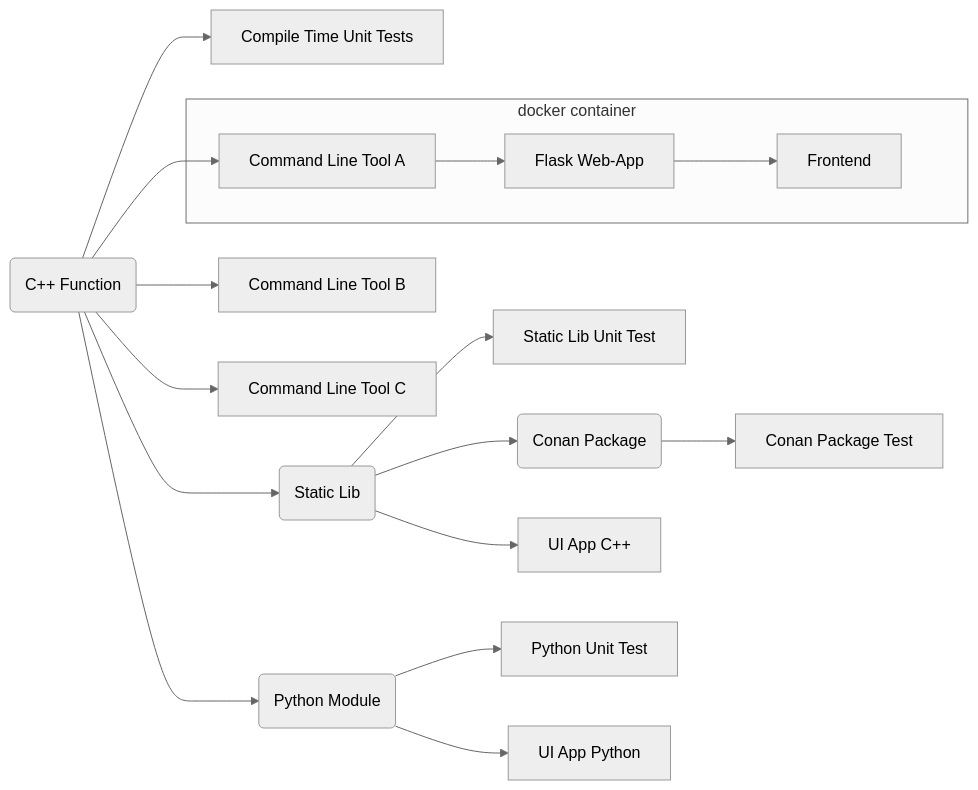
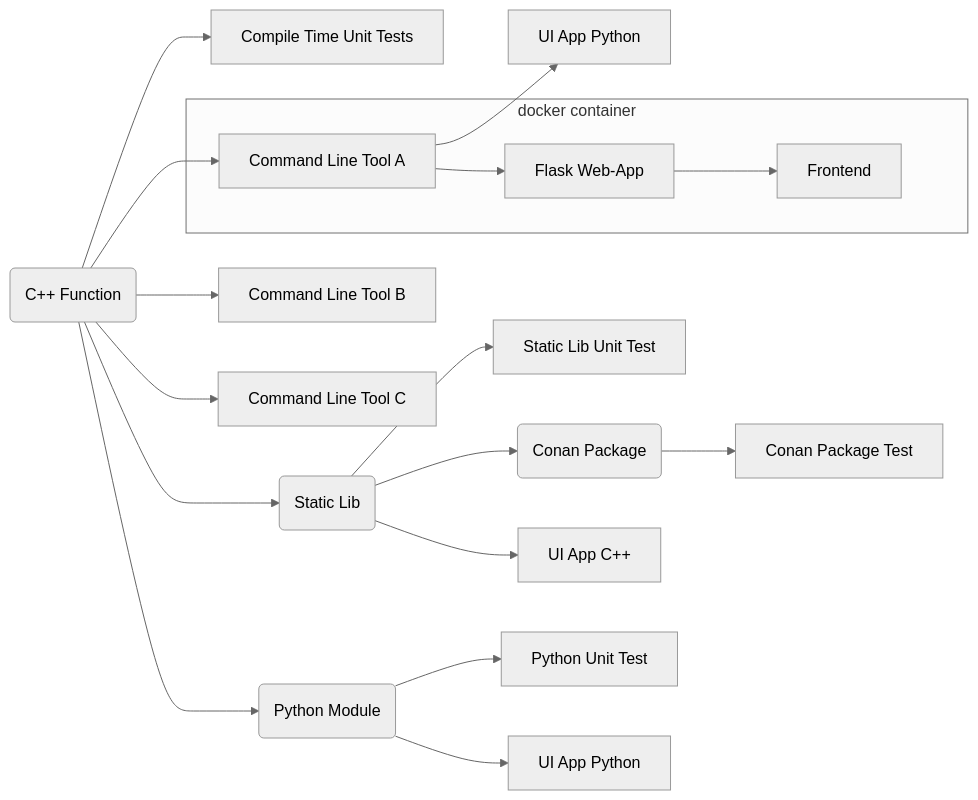
One commit to SebastianBach/full-stack changed the diagram in README.md. Above: the diagram before and after it, drawn with Mermaid (neutral theme). The commit also changed other lines of this file and 3 other files, not shown here.

````diff
--- a/README.md
+++ b/README.md
@@ -27,28 +28,30 @@
 ```mermaid
   flowchart LR;
 
     F(C++ Function) --> CUT[Compile Time Unit Tests];
 
     F --> CLI1[Command Line Tool A]
     F --> CLI2[Command Line Tool B]
     F --> CLI3[Command Line Tool C]
+
+    CLI1 --> PYAPP2[UI App Python]
 
     F --> LIB(Static Lib)
 
     LIB --> LIBTEST[Static Lib Unit Test]
     LIB --> C(Conan Package)
 
     LIB --> QTCPP[UI App C++]
 
     C --> CT[Conan Package Test]
 
     F --> PY(Python Module)
 
     subgraph docker container
     CLI1 --> SERVER[Flask Web-App]
     SERVER --> FRONT[Frontend]
     end
 
     PY --> PYTEST[Python Unit Test]
     PY --> PYAPP[UI App Python]
 ```
````
